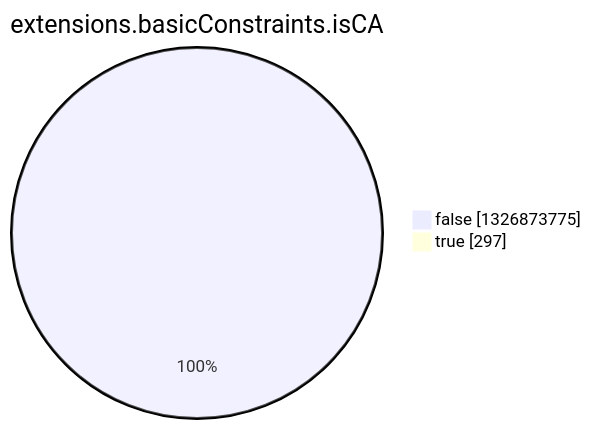
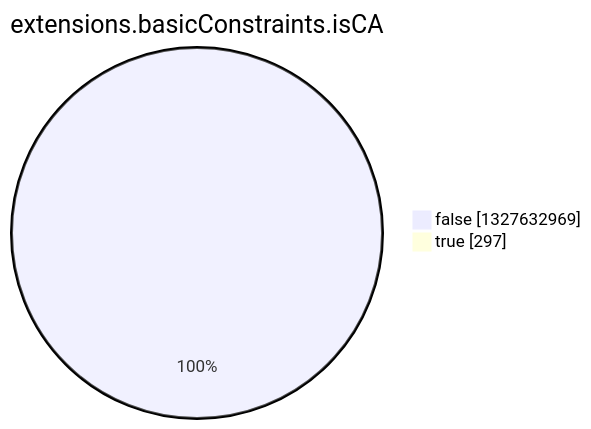
One commit to christiankrug/ctmonitor_visualization changed the eighth of 15 diagrams in argon2022/README.md. Above: the diagram before and after it, drawn with Mermaid. The commit also changed other lines of this file, not shown here.

````diff
--- a/argon2022/README.md
+++ b/argon2022/README.md
@@ -2758,6 +2758,6 @@
 ```mermaid
 pie showData
 title extensions.basicConstraints.isCA
-"false" :1326873775
+"false" :1327632969
 "true" :297
 ```
````
